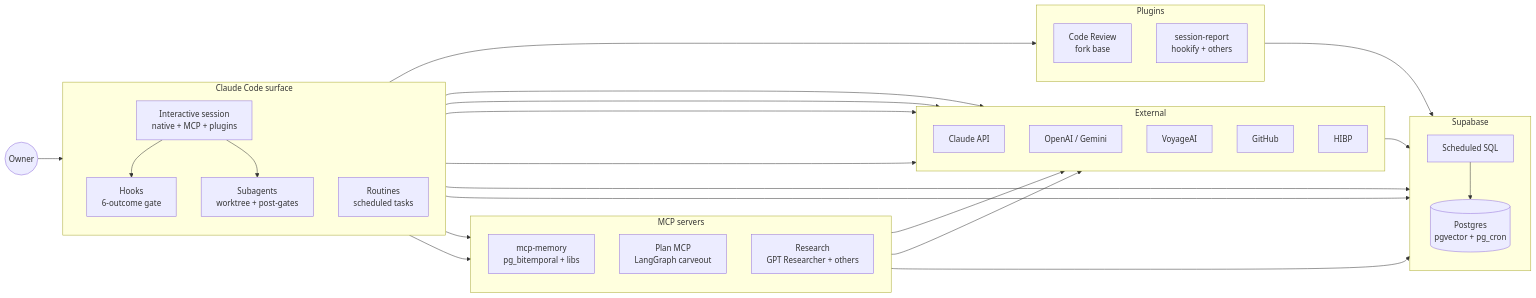
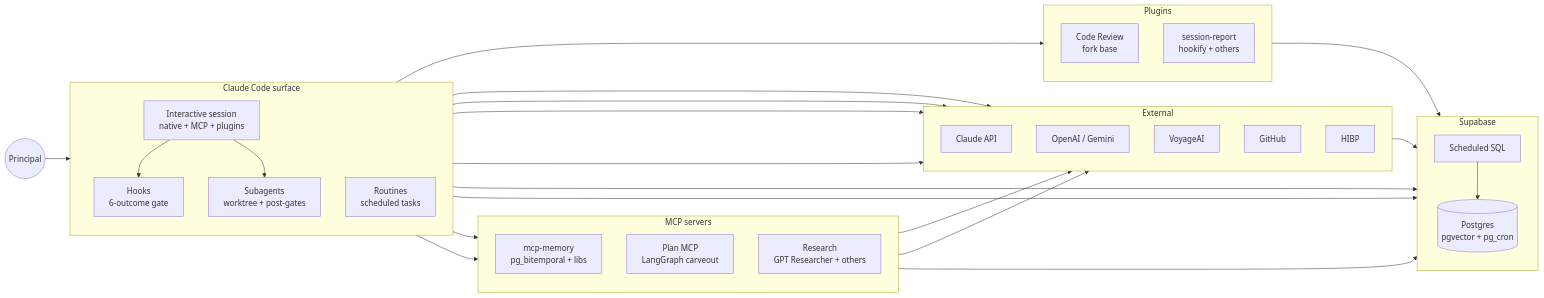
The second of 4 diagrams in docs/design/jarvis-architecture-c4.md (Osasuwu/jarvis), drawn with Mermaid before and after one commit. The commit also changed other lines of this file and 19 other files, not shown here.

````diff
--- a/docs/design/jarvis-architecture-c4.md
+++ b/docs/design/jarvis-architecture-c4.md
@@ -32,61 +32,61 @@
 ```mermaid
 flowchart LR
-    owner((Owner))
+    principal((Principal))
 
     subgraph SURFACE[Claude Code surface]
         direction TB
         claude_code[Interactive session<br/>native + MCP + plugins]
         scheduled[Routines<br/>scheduled tasks]
         hooks[Hooks<br/>6-outcome gate]
         subagents[Subagents<br/>worktree + post-gates]
     end
 
     subgraph PLUGINS[Plugins]
         direction TB
         plugin_review[Code Review<br/>fork base]
         plugin_misc[session-report<br/>hookify + others]
     end
 
     subgraph MCPS[MCP servers]
         direction TB
         mcp_memory[mcp-memory<br/>pg_bitemporal + libs]
         mcp_plan[Plan MCP<br/>LangGraph carveout]
         mcp_research[Research<br/>GPT Researcher + others]
     end
 
     subgraph STORAGE[Supabase]
         direction TB
         pg[(Postgres<br/>pgvector + pg_cron)]
         cloud_tasks[Scheduled SQL]
     end
 
     subgraph EXT[External]
         direction TB
         claude_api[Claude API]
         other_llm[OpenAI / Gemini]
         voyage[VoyageAI]
         github[GitHub]
         hibp[HIBP]
     end
 
-    owner --> claude_code
+    principal --> claude_code
     claude_code --> hooks
     claude_code --> subagents
     claude_code --> PLUGINS
     claude_code --> MCPS
     claude_code --> claude_api
 
     scheduled --> MCPS
     scheduled --> claude_api
     scheduled --> other_llm
     scheduled --> hibp
 
     MCPS --> pg
     mcp_memory --> voyage
     mcp_research --> voyage
     PLUGINS --> pg
     hooks --> pg
     subagents --> pg
     cloud_tasks --> pg
     github --> pg
 ```
````
